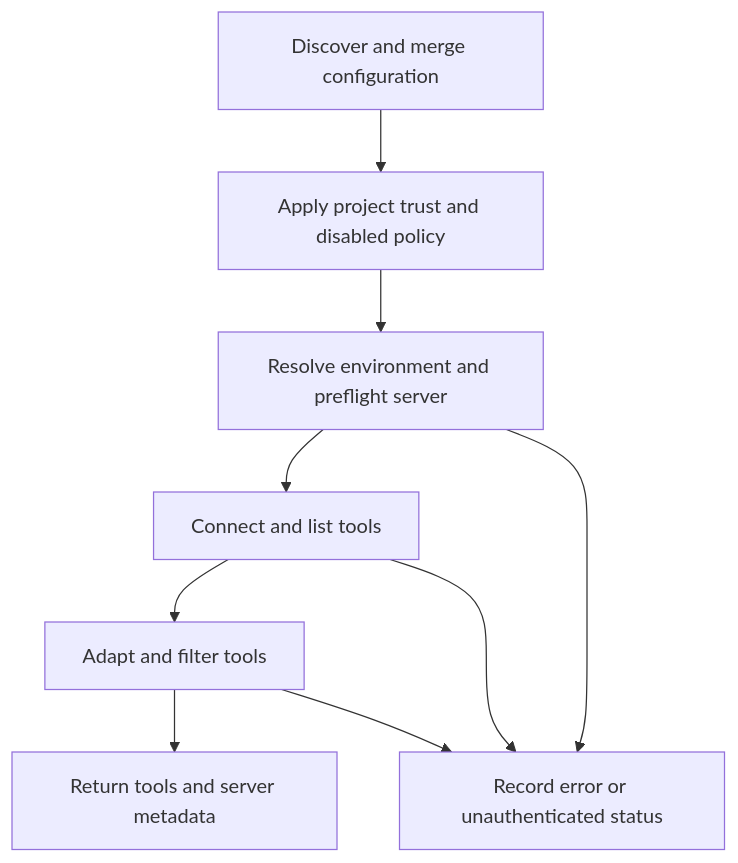
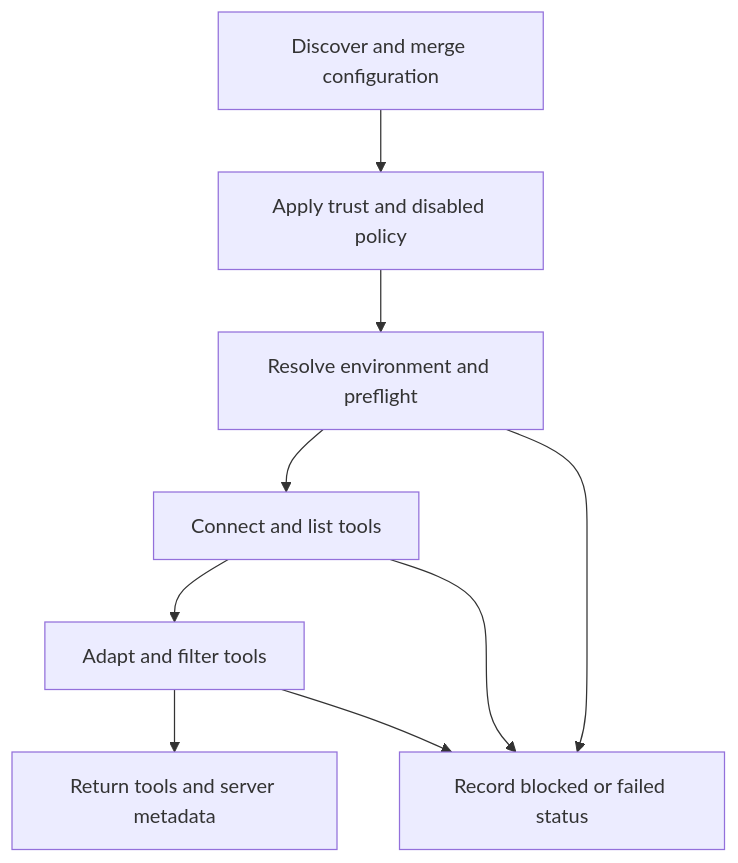
The first of 2 diagrams in openwiki/integrations/mcp.md (langchain-ai/deepagents), drawn with Mermaid before and after one commit. The commit also changed other lines of this file and 35 other files, not shown here.

````diff
--- a/openwiki/integrations/mcp.md
+++ b/openwiki/integrations/mcp.md
@@ -83,11 +53,11 @@
 ```mermaid
 flowchart TD
-    Source["Discover and merge configuration"] --> Trust["Apply project trust and disabled policy"]
-    Trust --> Resolve["Resolve environment and preflight server"]
+    Source["Discover and merge configuration"] --> Trust["Apply trust and disabled policy"]
+    Trust --> Resolve["Resolve environment and preflight"]
     Resolve --> Connect["Connect and list tools"]
     Connect --> Adapt["Adapt and filter tools"]
     Adapt --> Ready["Return tools and server metadata"]
-    Resolve --> Failed["Record error or unauthenticated status"]
+    Resolve --> Failed["Record blocked or failed status"]
     Connect --> Failed
     Adapt --> Failed
 ```
````
